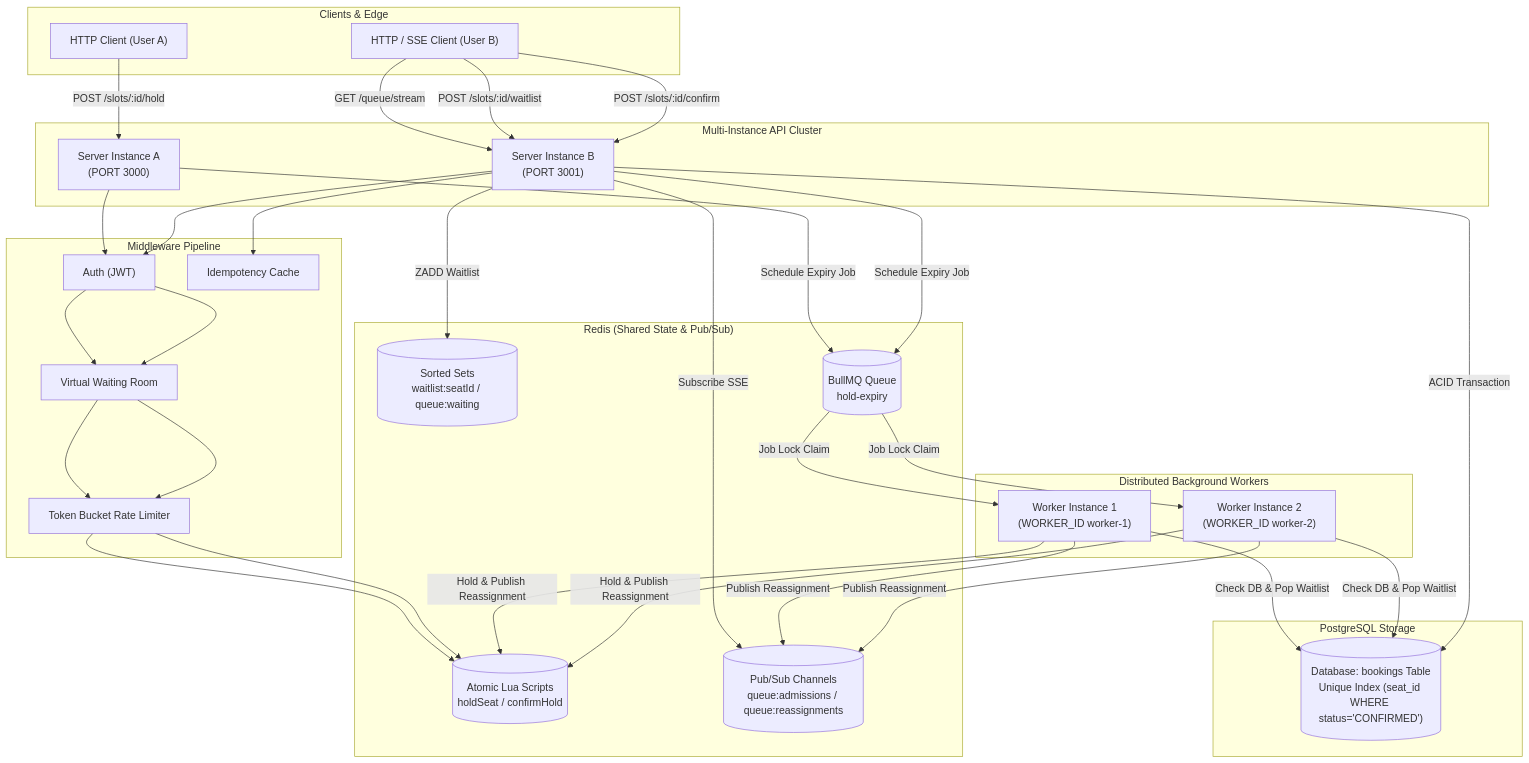
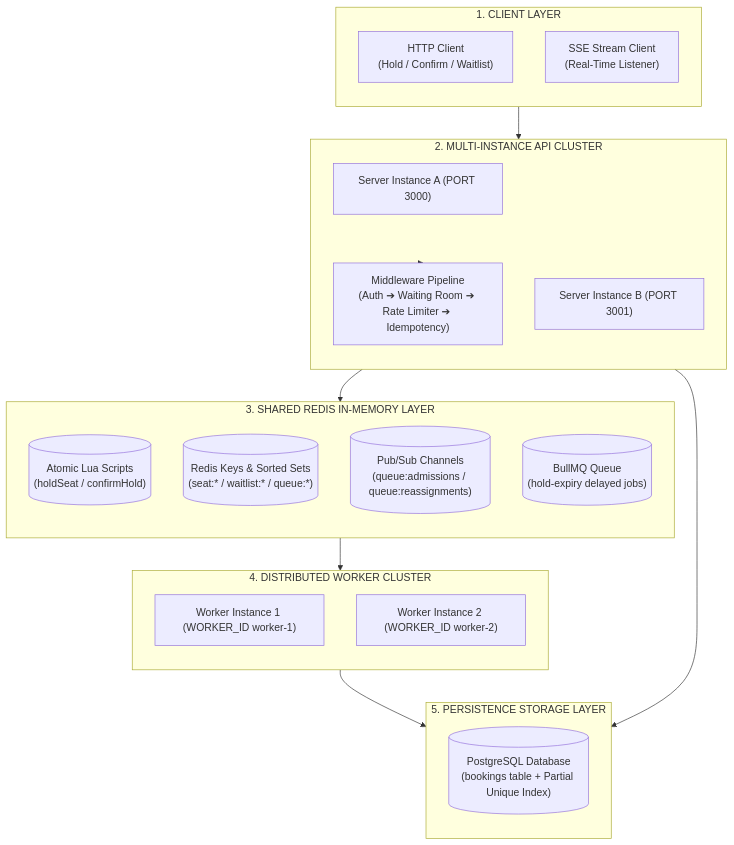
The first of 3 diagrams in README.md (Heeral03/SlotGuard), drawn with Mermaid before and after one commit. The commit also changed other lines of this file, not shown here.

Commit message:
Added diagram

````diff
--- a/README.md
+++ b/README.md
@@ -7,67 +9,41 @@
 ```mermaid
 flowchart TD
-    subgraph Clients["Clients & Edge"]
-        C1["HTTP Client (User A)"]
-        C2["HTTP / SSE Client (User B)"]
+    subgraph Layer1["1. CLIENT LAYER"]
+        direction TB
+        C1["HTTP Client\n(Hold / Confirm / Waitlist)"]
+        C2["SSE Stream Client\n(Real-Time Listener)"]
     end
 
-    subgraph LoadBalancer["Multi-Instance API Cluster"]
-        S1["Server Instance A\n(PORT 3000)"]
-        S2["Server Instance B\n(PORT 3001)"]
+    subgraph Layer2["2. MULTI-INSTANCE API CLUSTER"]
+        direction TB
+        S1["Server Instance A (PORT 3000)"]
+        S2["Server Instance B (PORT 3001)"]
+        MW["Middleware Pipeline\n(Auth ➔ Waiting Room ➔ Rate Limiter ➔ Idempotency)"]
     end
 
-    subgraph Middleware["Middleware Pipeline"]
-        M1["Auth (JWT)"]
-        M2["Virtual Waiting Room"]
-        M3["Token Bucket Rate Limiter"]
-        M4["Idempotency Cache"]
+    subgraph Layer3["3. SHARED REDIS IN-MEMORY LAYER"]
+        direction TB
+        LUA[("Atomic Lua Scripts\n(holdSeat / confirmHold)")]
+        KEYS[("Redis Keys & Sorted Sets\n(seat:* / waitlist:* / queue:*)")]
+        PUBSUB[("Pub/Sub Channels\n(queue:admissions / queue:reassignments)")]
+        QUEUE[("BullMQ Queue\n(hold-expiry delayed jobs)")]
     end
 
-    subgraph Redis["Redis (Shared State & Pub/Sub)"]
-        R1[("Atomic Lua Scripts\nholdSeat / confirmHold")]
-        R2[("Sorted Sets\nwaitlist:seatId / queue:waiting")]
-        R3[("Pub/Sub Channels\nqueue:admissions / queue:reassignments")]
-        R4[("BullMQ Queue\nhold-expiry")]
+    subgraph Layer4["4. DISTRIBUTED WORKER CLUSTER"]
+        direction TB
+        W1["Worker Instance 1 (WORKER_ID worker-1)"]
+        W2["Worker Instance 2 (WORKER_ID worker-2)"]
     end
 
-    subgraph Workers["Distributed Background Workers"]
-        W1["Worker Instance 1\n(WORKER_ID worker-1)"]
-        W2["Worker Instance 2\n(WORKER_ID worker-2)"]
+    subgraph Layer5["5. PERSISTENCE STORAGE LAYER"]
+        direction TB
+        DB[("PostgreSQL Database\n(bookings table + Partial Unique Index)")]
     end
 
-    subgraph Postgres["PostgreSQL Storage"]
-        DB[("Database: bookings Table\nUnique Index (seat_id WHERE status='CONFIRMED')")]
-    end
-
-    %% Client Interactions
-    C1 -->|"POST /slots/:id/hold"| S1
-    C2 -->|"GET /queue/stream"| S2
-    C2 -->|"POST /slots/:id/waitlist"| S2
-    C2 -->|"POST /slots/:id/confirm"| S2
-
-    %% Server Internal Routing & Redis State
-    S1 --> M1 --> M2 --> M3 --> R1
-    S2 --> M1 --> M2 --> M3 --> R1
-    S2 --> M4
-    
-    %% Stream & Waitlist
-    S2 -->|"Subscribe SSE"| R3
-    S2 -->|"ZADD Waitlist"| R2
-    
-    %% Hold Queue Scheduling
-    S1 -->|"Schedule Expiry Job"| R4
-    S2 -->|"Schedule Expiry Job"| R4
-
-    %% Worker Operations
-    R4 -->|"Job Lock Claim"| W1
-    R4 -->|"Job Lock Claim"| W2
-    W1 -->|"Check DB & Pop Waitlist"| DB
-    W1 -->|"Hold & Publish Reassignment"| R1
-    W1 -->|"Publish Reassignment"| R3
-    W2 -->|"Check DB & Pop Waitlist"| DB
-    W2 -->|"Hold & Publish Reassignment"| R1
-    W2 -->|"Publish Reassignment"| R3
-    
-    %% Confirmation Transaction
-    S2 -->|"ACID Transaction"| DB
+    Layer1 --> Layer2
+    Layer2 --> MW
+    MW --> Layer3
+    Layer3 --> Layer4
+    Layer4 --> Layer5
+    Layer2 --> Layer5
 ```
````
